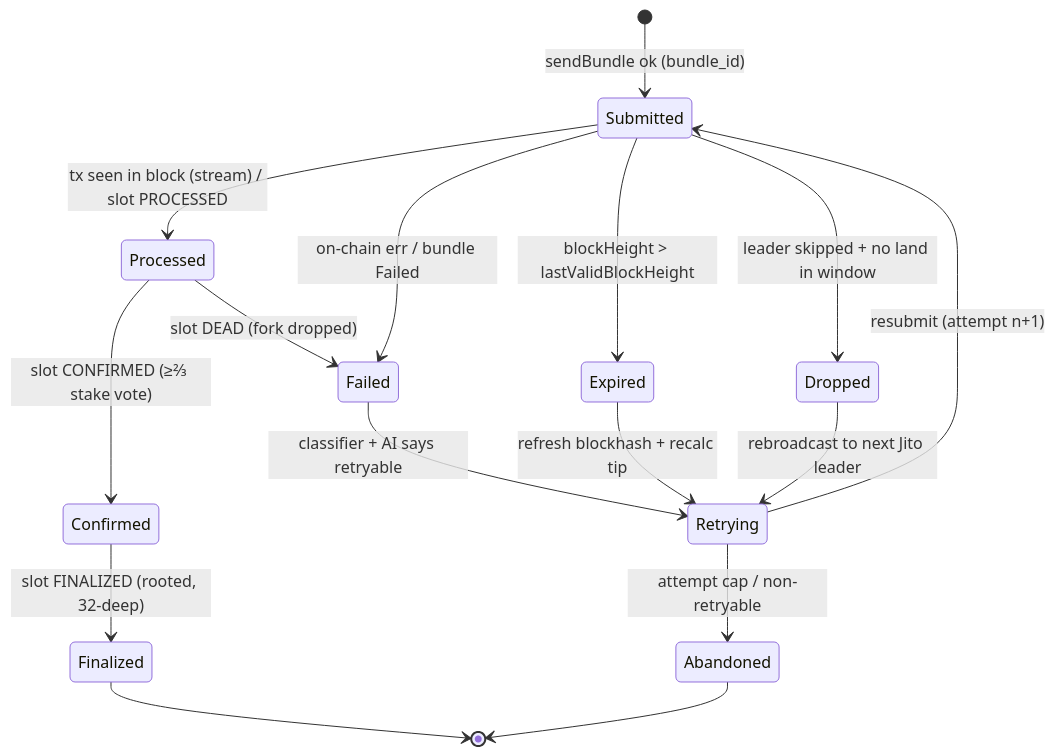
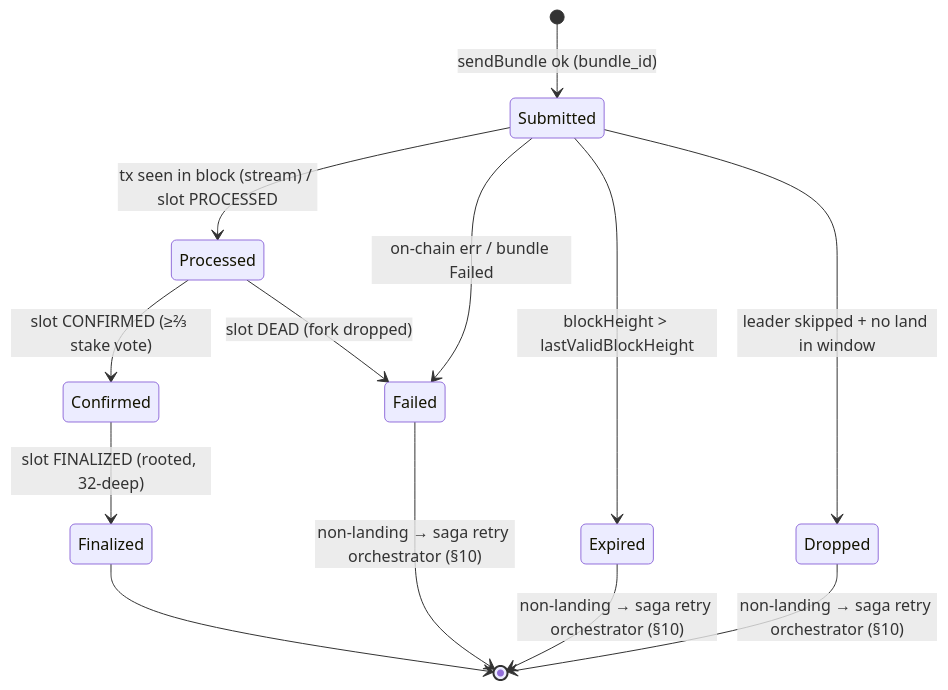
The fourth of 5 diagrams in docs/ARCHITECTURE-PUBLIC.md (Blessedbiello/PrometheonOS), drawn with Mermaid before and after one commit. The commit also changed other lines of this file and 17 other files, not shown here.

````diff
--- a/docs/ARCHITECTURE-PUBLIC.md
+++ b/docs/ARCHITECTURE-PUBLIC.md
@@ -242,20 +272,17 @@
 ```mermaid
 stateDiagram-v2
   [*] --> Submitted: sendBundle ok (bundle_id)
   Submitted --> Processed: tx seen in block (stream) / slot PROCESSED
   Processed --> Confirmed: slot CONFIRMED (≥⅔ stake vote)
   Confirmed --> Finalized: slot FINALIZED (rooted, 32-deep)
   Finalized --> [*]
 
   Submitted --> Failed: on-chain err / bundle Failed
   Processed --> Failed: slot DEAD (fork dropped)
   Submitted --> Expired: blockHeight > lastValidBlockHeight
   Submitted --> Dropped: leader skipped + no land in window
 
-  Failed --> Retrying: classifier + AI says retryable
-  Expired --> Retrying: refresh blockhash + recalc tip
-  Dropped --> Retrying: rebroadcast to next Jito leader
-  Retrying --> Submitted: resubmit (attempt n+1)
-  Retrying --> Abandoned: attempt cap / non-retryable
-  Abandoned --> [*]
+  Failed --> [*]: non-landing → saga retry orchestrator (§10)
+  Expired --> [*]: non-landing → saga retry orchestrator (§10)
+  Dropped --> [*]: non-landing → saga retry orchestrator (§10)
 ```
````
